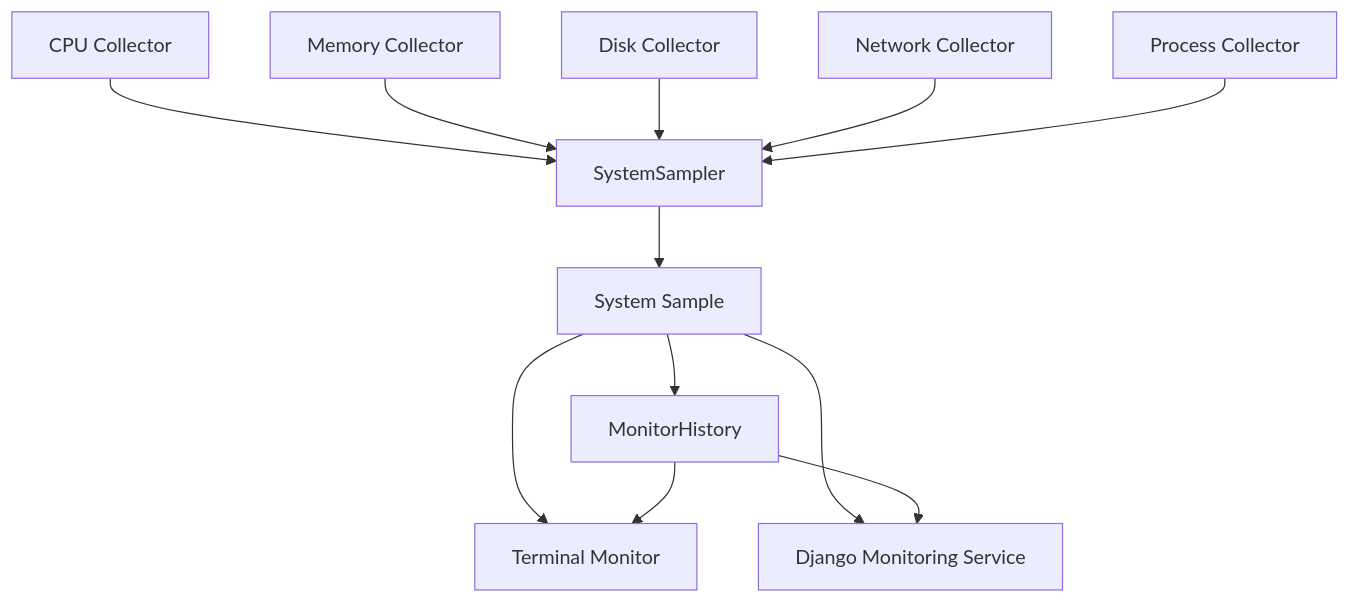
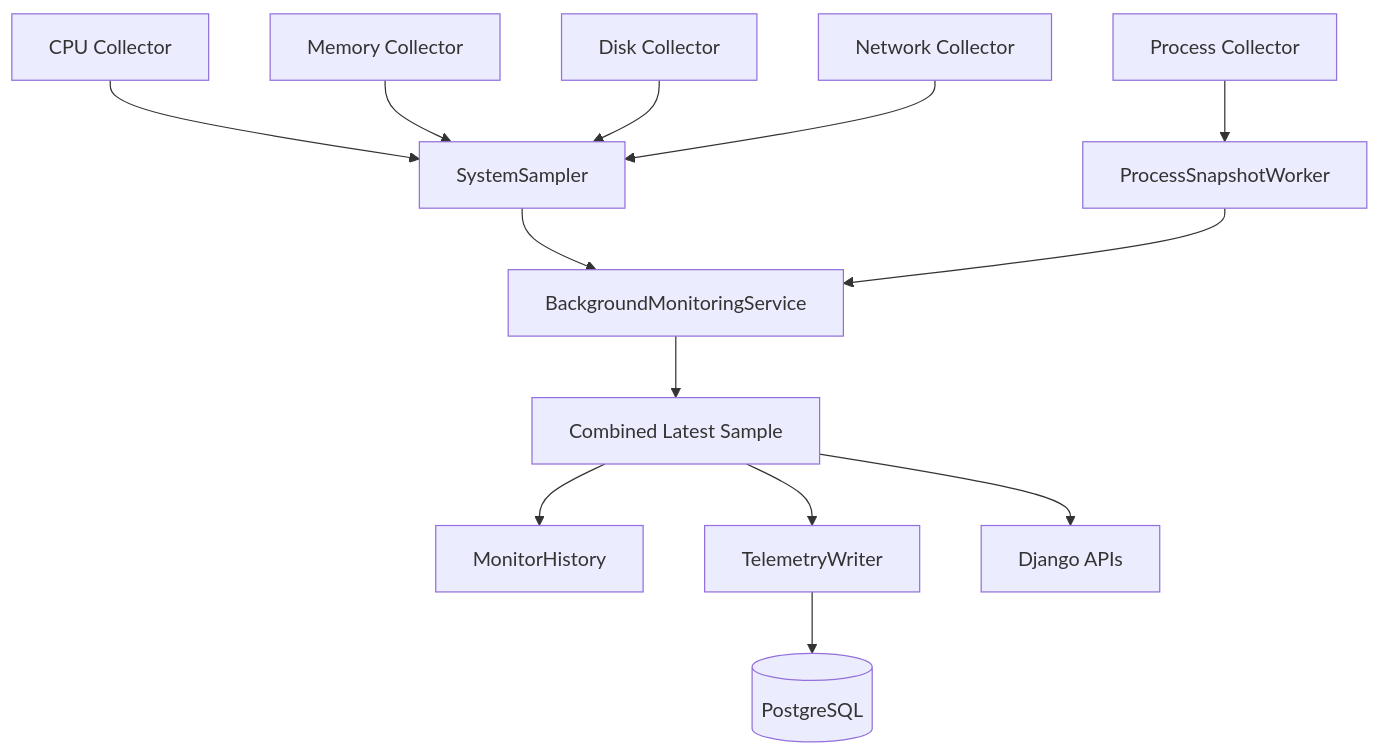
The first of 7 diagrams in docs/monitoring.md (IronRon/Sys-Monitor), drawn with Mermaid before and after one commit. The commit also changed other lines of this file and 21 other files, not shown here.

First line of the commit message:
feat: Refactor process monitoring and telemetry integration

````diff
--- a/docs/monitoring.md
+++ b/docs/monitoring.md
@@ -66,24 +70,25 @@
 ```mermaid
 flowchart TD
     CPU[CPU Collector]
     Memory[Memory Collector]
     Disk[Disk Collector]
     Network[Network Collector]
     Processes[Process Collector]
 
     CPU --> Sampler[SystemSampler]
     Memory --> Sampler
     Disk --> Sampler
     Network --> Sampler
-    Processes --> Sampler
 
-    Sampler --> Sample[System Sample]
+    Processes --> ProcessWorker[ProcessSnapshotWorker]
 
+    Sampler --> Service[BackgroundMonitoringService]
+    ProcessWorker --> Service
+
+    Service --> Sample[Combined Latest Sample]
     Sample --> History[MonitorHistory]
+    Sample --> Telemetry[TelemetryWriter]
 
-    Sample --> Terminal[Terminal Monitor]
-    History --> Terminal
-
-    Sample --> Web[Django Monitoring Service]
-    History --> Web
+    Sample --> Web[Django APIs]
+    Telemetry --> PostgreSQL[(PostgreSQL)]
 ```
````
